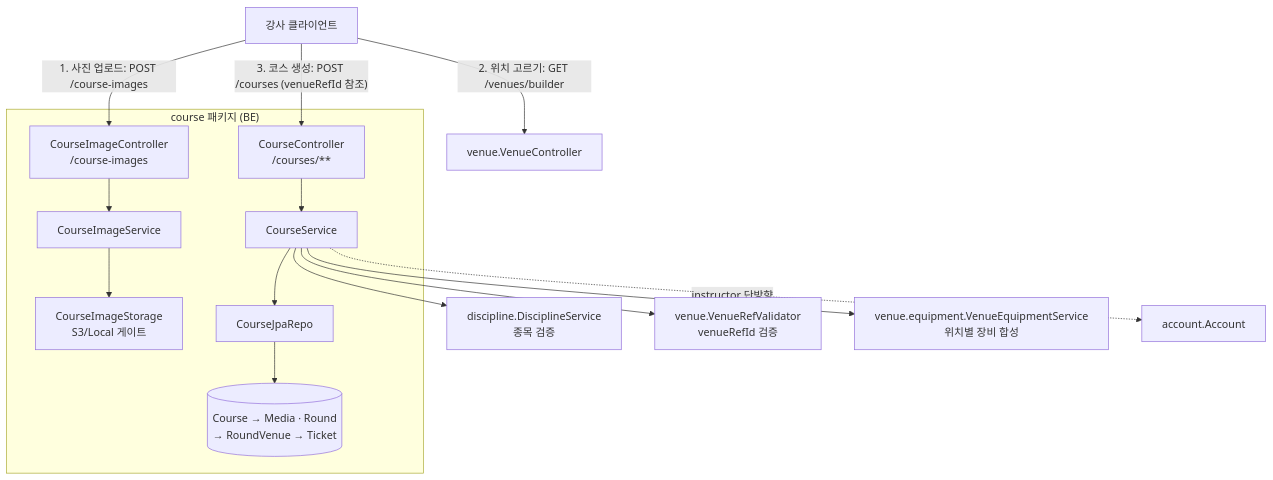
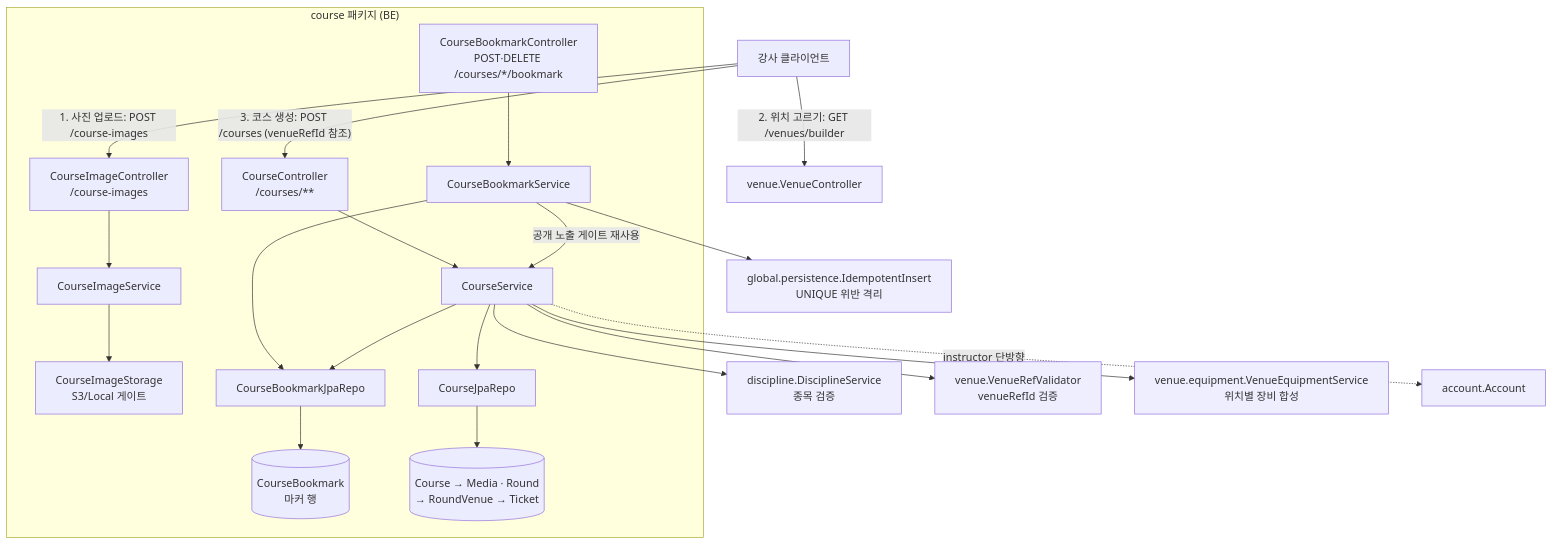
Before and after one commit to pungdong/Pungdong-Backend: the first of 3 diagrams in docs/architecture/course.md, drawn with Mermaid. The commit also changed other lines of this file and 1 other file, not shown here.

First line of the commit message:
Docs: course 도메인 문서 + TS 계약에 저장(북마크) 반영

````diff
--- a/docs/architecture/course.md
+++ b/docs/architecture/course.md
@@ -11,20 +11,26 @@
 ```mermaid
 flowchart TB
   subgraph course["course 패키지 (BE)"]
     CC[CourseController<br/>/courses/**] --> CS[CourseService]
     CC2[CourseImageController<br/>/course-images] --> CIS[CourseImageService]
     CIS --> CST[CourseImageStorage<br/>S3/Local 게이트]
+    CC3[CourseBookmarkController<br/>POST·DELETE /courses/*/bookmark] --> CBS[CourseBookmarkService]
+    CBS -- "공개 노출 게이트 재사용" --> CS
+    CBS --> CBR[CourseBookmarkJpaRepo]
+    CS --> CBR
+    CBR --> CBE[(CourseBookmark<br/>마커 행)]
     CS --> CR[CourseJpaRepo]
     CR --> CE[(Course → Media · Round<br/>→ RoundVenue → Ticket)]
   end
+  CBS --> II[global.persistence.IdempotentInsert<br/>UNIQUE 위반 격리]
   CS --> DS[discipline.DisciplineService<br/>종목 검증]
   CS --> VRV[venue.VenueRefValidator<br/>venueRefId 검증]
   CS --> VEQ[venue.equipment.VenueEquipmentService<br/>위치별 장비 합성]
   CS -. instructor 단방향 .-> ACC[account.Account]
   FE["강사 클라이언트"] -- "1. 사진 업로드: POST /course-images" --> CC2
   FE -- "2. 위치 고르기: GET /venues/builder" --> VB[venue.VenueController]
   FE -- "3. 코스 생성: POST /courses (venueRefId 참조)" --> CC
 
   classDef ext fill:#eef
-  class DS,VRV,VEQ,ACC,VB ext
+  class DS,VRV,VEQ,ACC,VB,II ext
 ```
````
